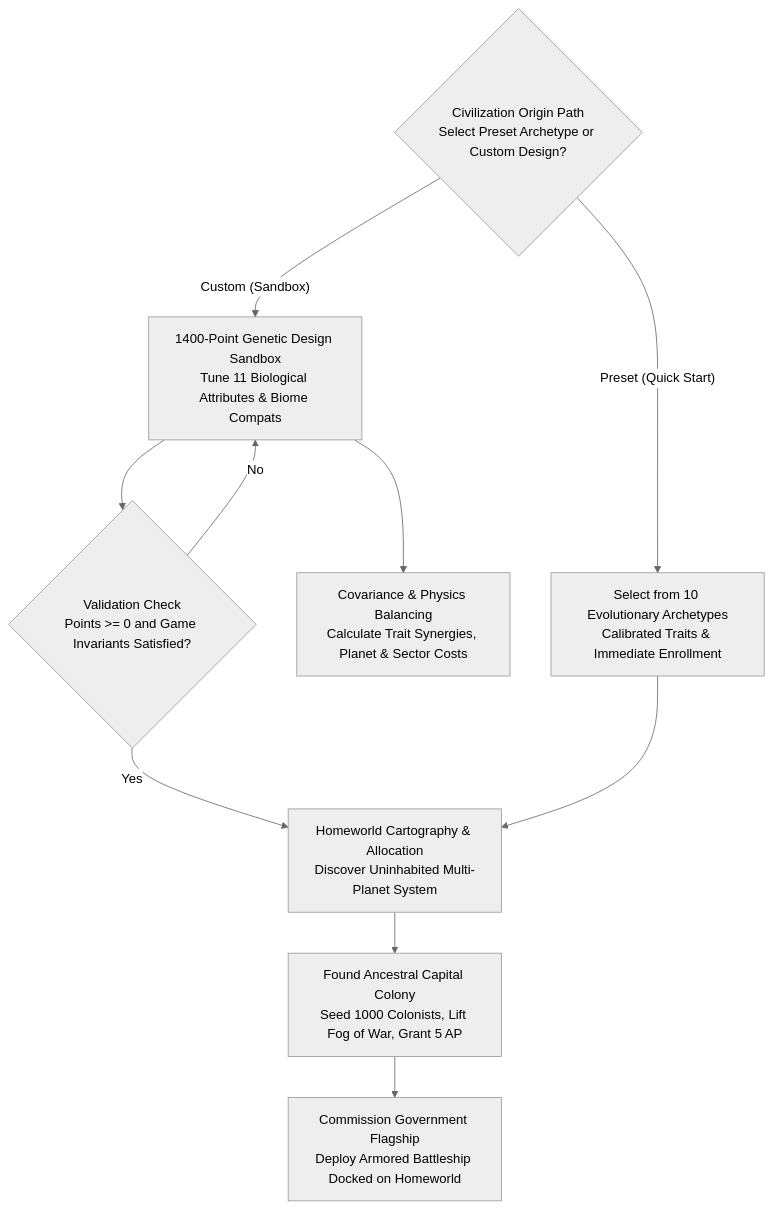
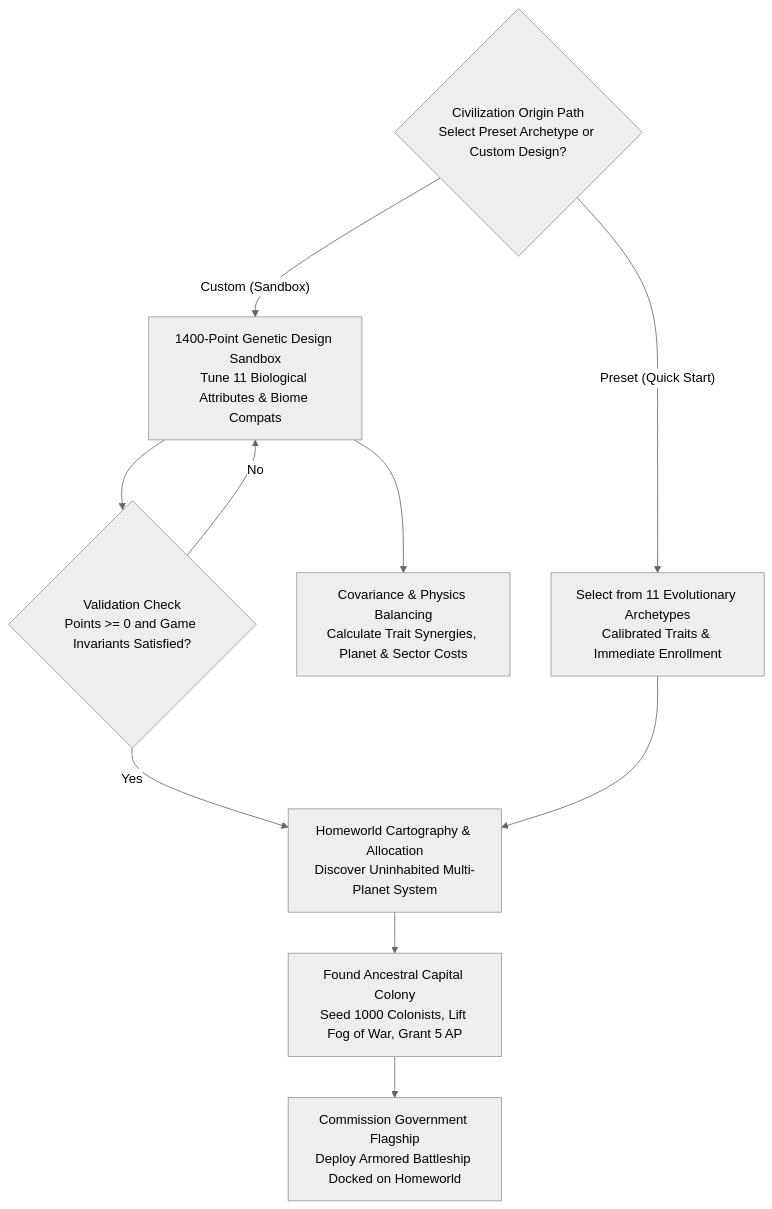
Before and after one commit to kaladron/galactic-bloodshed: the diagram in docs/race_generation.md, drawn with Mermaid (neutral theme). The commit also changed other lines of this file and 4 other files, not shown here.

````diff
--- a/docs/race_generation.md
+++ b/docs/race_generation.md
@@ -9,13 +9,13 @@
 ```mermaid
 flowchart TD
     Choice{"Civilization Origin Path\nSelect Preset Archetype or Custom Design?"}
-    Choice -->|"Preset (Quick Start)"| Arch["Select from 10 Evolutionary Archetypes\nCalibrated Traits & Immediate Enrollment"]
+    Choice -->|"Preset (Quick Start)"| Arch["Select from 11 Evolutionary Archetypes\nCalibrated Traits & Immediate Enrollment"]
     Choice -->|"Custom (Sandbox)"| Budget["1400-Point Genetic Design Sandbox\nTune 11 Biological Attributes & Biome Compats"]
     Budget --> Cov["Covariance & Physics Balancing\nCalculate Trait Synergies, Planet & Sector Costs"]
     Budget --> Invar{"Validation Check\nPoints >= 0 and Game Invariants Satisfied?"}
     Invar -->|"No"| Budget
     Invar -->|"Yes"| Enrol
     Arch --> Enrol["Homeworld Cartography & Allocation\nDiscover Uninhabited Multi-Planet System"]
     Enrol --> Capital["Found Ancestral Capital Colony\nSeed 1000 Colonists, Lift Fog of War, Grant 5 AP"]
     Capital --> Flagship["Commission Government Flagship\nDeploy Armored Battleship Docked on Homeworld"]
 ```
````
